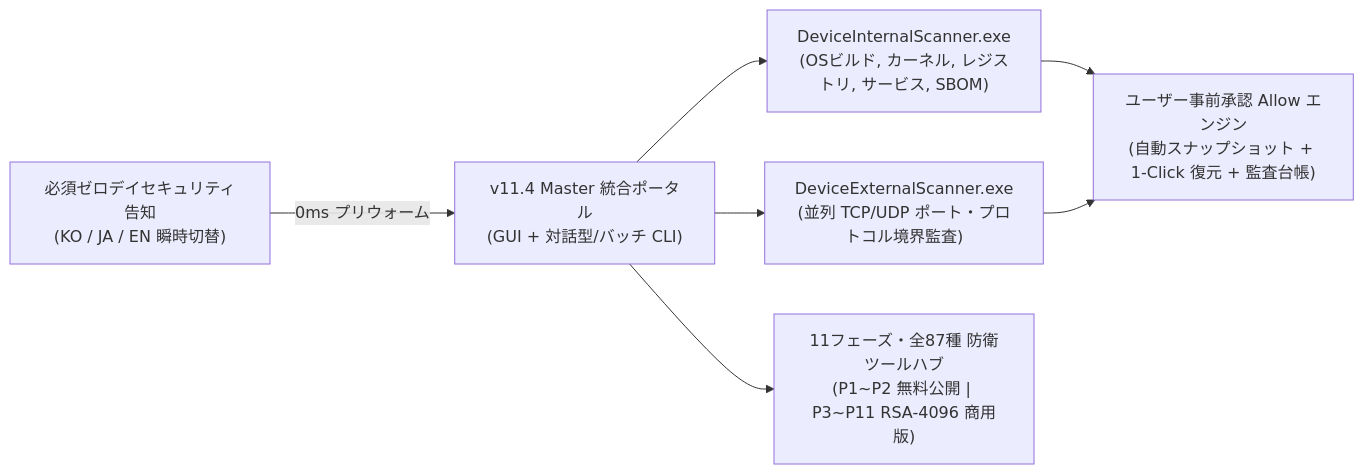
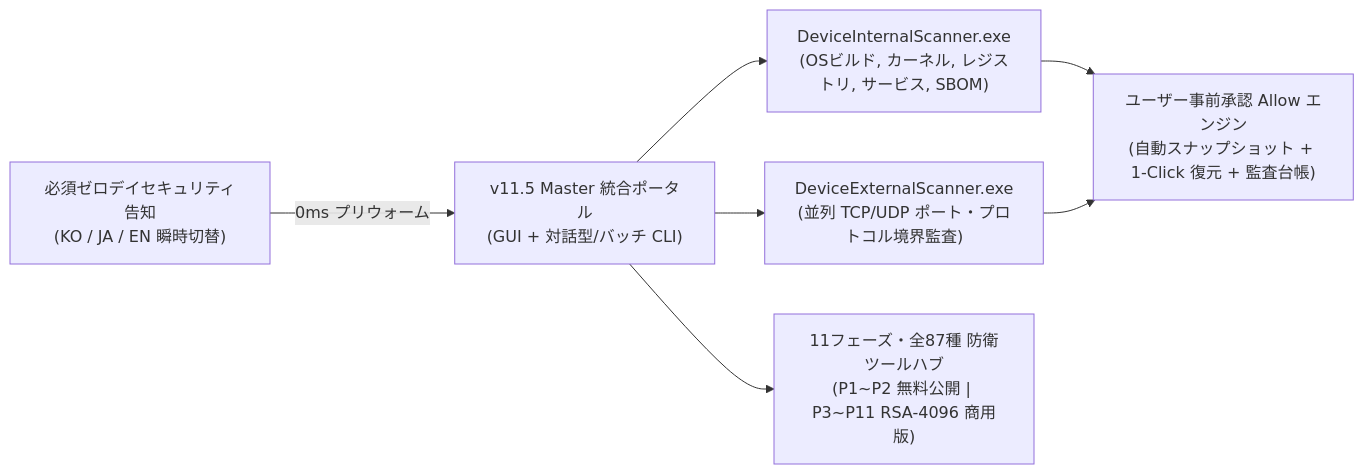
The diagram in README.ja.md (anon-wu/CVE_Checker_Anon_X), drawn with Mermaid before and after one commit. The commit also changed other lines of this file and 45 other files, not shown here.

````diff
--- a/README.ja.md
+++ b/README.ja.md
@@ -71,9 +71,9 @@
 ```mermaid
 flowchart LR
-    Notice["必須ゼロデイセキュリティ告知<br/>(KO / JA / EN 瞬時切替)"] -->|"0ms プリウォーム"| Portal["v11.4 Master 統合ポータル<br/>(GUI + 対話型/バッチ CLI)"]
+    Notice["必須ゼロデイセキュリティ告知<br/>(KO / JA / EN 瞬時切替)"] -->|"0ms プリウォーム"| Portal["v11.5 Master 統合ポータル<br/>(GUI + 対話型/バッチ CLI)"]
     Portal --> Host["DeviceInternalScanner.exe<br/>(OSビルド, カーネル, レジストリ, サービス, SBOM)"]
     Portal --> Perim["DeviceExternalScanner.exe<br/>(並列 TCP/UDP ポート・プロトコル境界監査)"]
     Host --> Allow["ユーザー事前承認 Allow エンジン<br/>(自動スナップショット + 1-Click 復元 + 監査台帳)"]
     Perim --> Allow
     Portal --> Hub["11フェーズ・全87種 防衛ツールハブ<br/>(P1~P2 無料公開 | P3~P11 RSA-4096 商用版)"]
 ```
````
